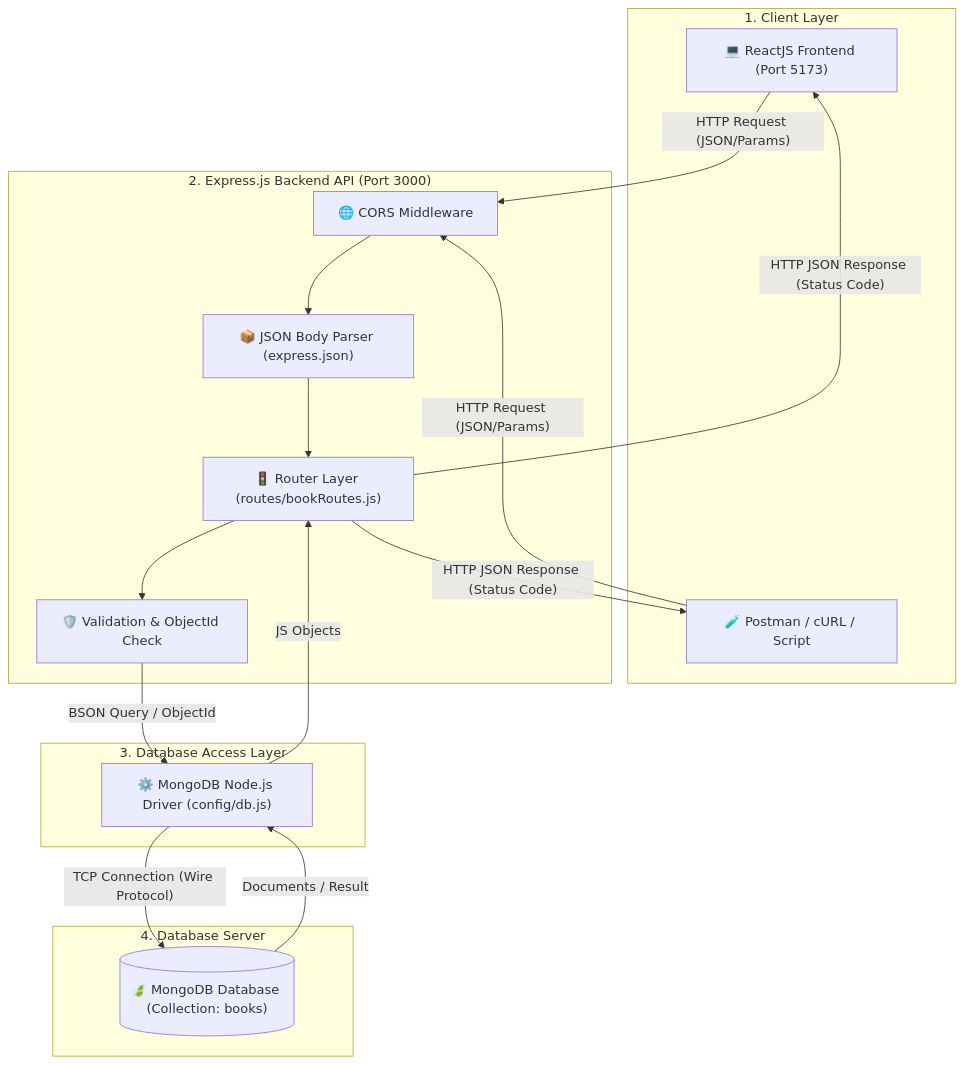
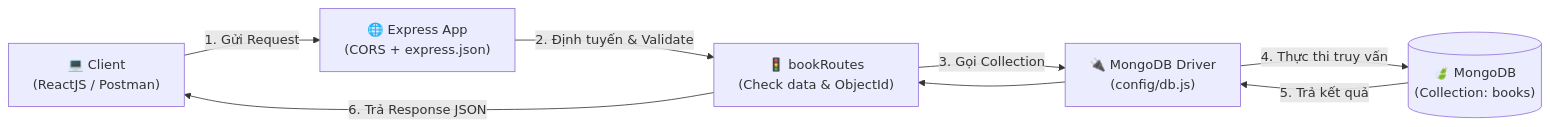
The diagram in session-08/README.md (DuongNAD/NodeJS_Learning), drawn with Mermaid before and after one commit. The commit also changed other lines of this file and 1 other file, not shown here.

Commit message:
docs(session-08): simplify README with concise data flow diagram

````diff
--- a/session-08/README.md
+++ b/session-08/README.md
@@ -48,34 +11,12 @@
 ```mermaid
-flowchart TD
-    subgraph ClientLayer ["1. Client Layer"]
-        React["💻 ReactJS Frontend (Port 5173)"]
-        Postman["🧪 Postman / cURL / Script"]
-    end
-
-    subgraph ExpressLayer ["2. Express.js Backend API (Port 3000)"]
-        CORS["🌐 CORS Middleware"]
-        BodyParser["📦 JSON Body Parser (express.json)"]
-        Router["🚦 Router Layer (routes/bookRoutes.js)"]
-        Validation["🛡️ Validation & ObjectId Check"]
-    end
-
-    subgraph DBLayer ["3. Database Access Layer"]
-        Driver["⚙️ MongoDB Node.js Driver (config/db.js)"]
-    end
-
-    subgraph MongoServer ["4. Database Server"]
-        MongoDB[("🍃 MongoDB Database (Collection: books)")]
-    end
-
-    React -->|"HTTP Request (JSON/Params)"| CORS
-    Postman -->|"HTTP Request (JSON/Params)"| CORS
-    CORS --> BodyParser
-    BodyParser --> Router
-    Router --> Validation
-    Validation -->|"BSON Query / ObjectId"| Driver
-    Driver -->|"TCP Connection (Wire Protocol)"| MongoDB
-    MongoDB -->|"Documents / Result"| Driver
-    Driver -->|"JS Objects"| Router
-    Router -->|"HTTP JSON Response (Status Code)"| React
-    Router -->|"HTTP JSON Response (Status Code)"| Postman
+flowchart LR
+    Client["💻 Client\n(ReactJS / Postman)"] 
+    -->|"1. Gửi Request"| Express["🌐 Express App\n(CORS + express.json)"]
+    -->|"2. Định tuyến & Validate"| Router["🚦 bookRoutes\n(Check data & ObjectId)"]
+    -->|"3. Gọi Collection"| DB["🔌 MongoDB Driver\n(config/db.js)"]
+    -->|"4. Thực thi truy vấn"| Mongo[("🍃 MongoDB\n(Collection: books)")]
+    
+    Mongo -->|"5. Trả kết quả"| DB
+    DB --> Router
+    Router -->|"6. Trả Response JSON"| Client
 ```
````
